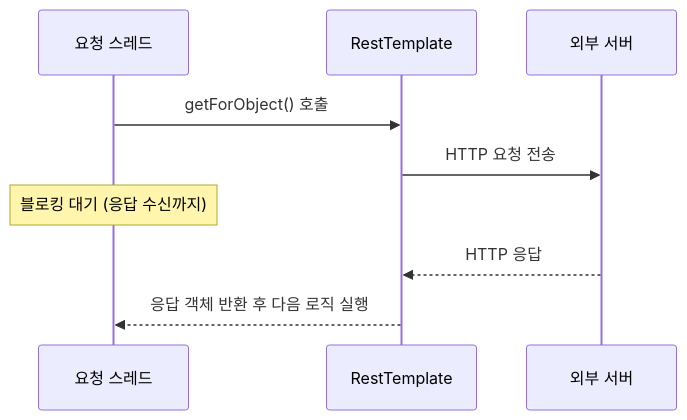
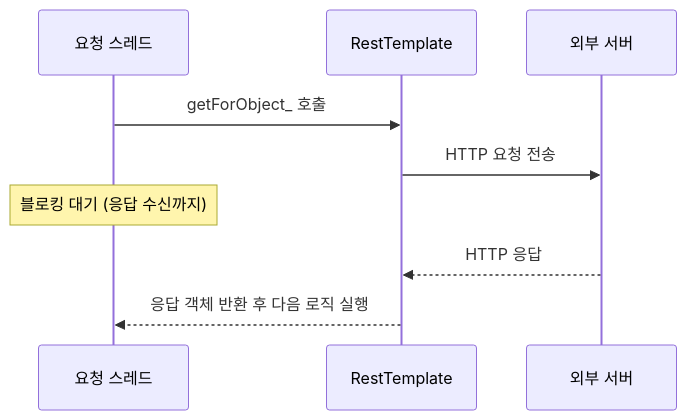
Before and after one commit to yjkim2015/yjkim2015.github.io: the first of 4 diagrams in _posts/spring/2026-05-01-rest-client-comparison.md, drawn with Mermaid. The commit also changed 85 other files, not shown here.

First line of the commit message:
sequenceDiagram 문법 에러 2차 수정 169개 (86파일)

````diff
--- a/_posts/spring/2026-05-01-rest-client-comparison.md
+++ b/_posts/spring/2026-05-01-rest-client-comparison.md
@@ -24,11 +24,11 @@
 ```mermaid
 sequenceDiagram
     participant T as 요청 스레드
     participant RT as RestTemplate
     participant S as 외부 서버
-    T->>RT: getForObject() 호출
+    T->>RT: getForObject_ 호출
     RT->>S: HTTP 요청 전송
     Note over T: 블로킹 대기 (응답 수신까지)
     S-->>RT: HTTP 응답
     RT-->>T: 응답 객체 반환 후 다음 로직 실행
 ```
````
